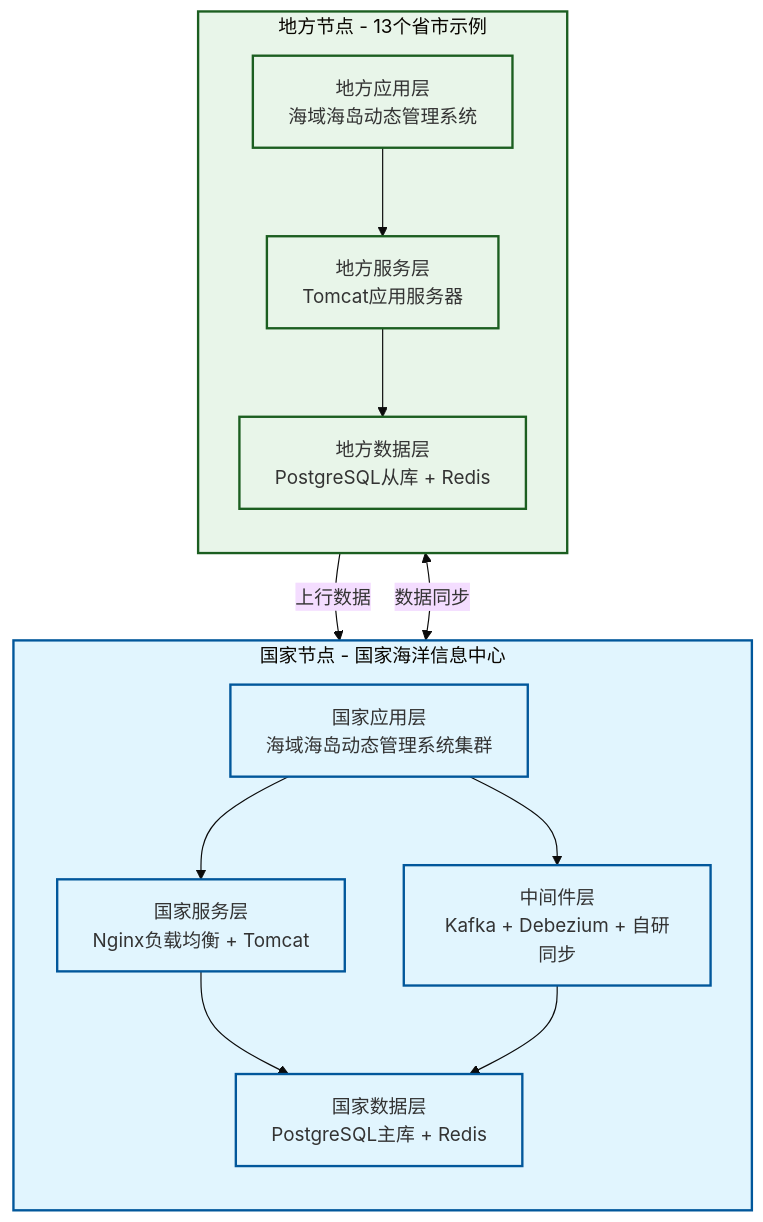
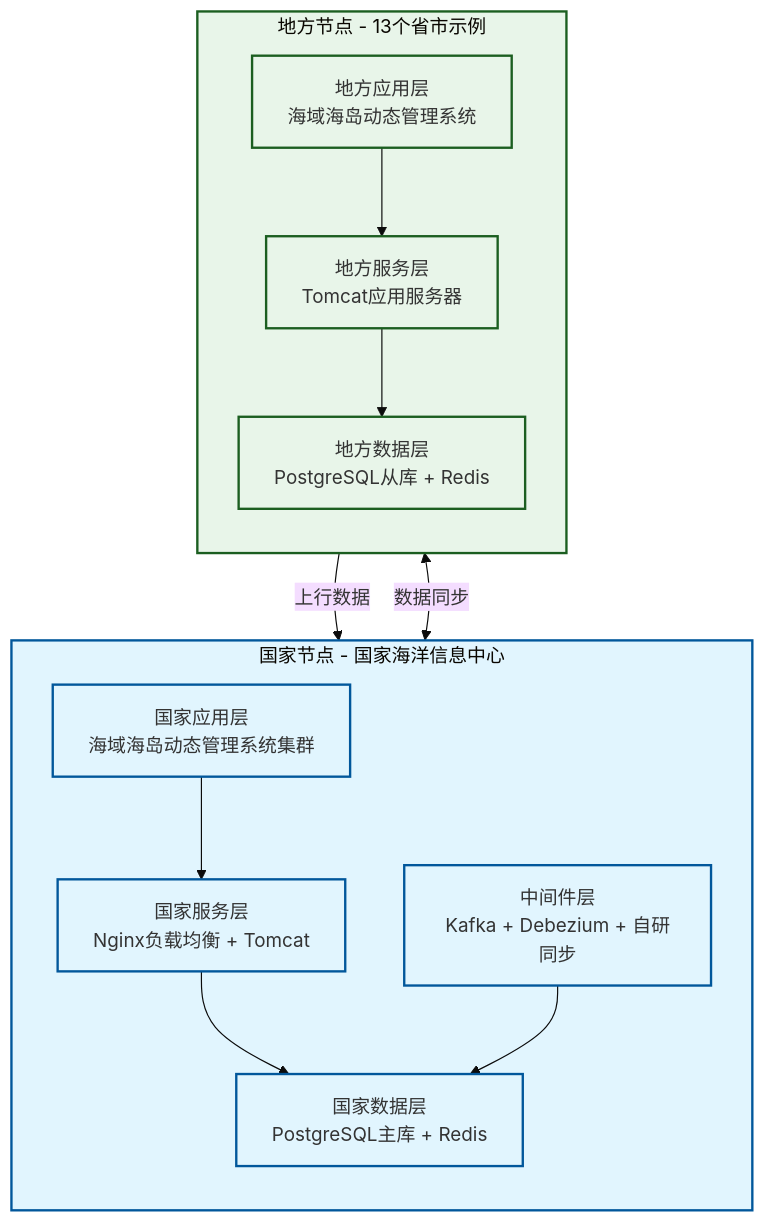
Before and after one commit to MyJohn2/iodraw-files: the diagram in all/未命名-1.md, drawn with Mermaid (base theme).

Commit message:
2026-03-03 15:06:35 update

````diff
--- a/all/未命名-1.md
+++ b/all/未命名-1.md
@@ -1,46 +1,46 @@
 ```mermaid
 flowchart TD
     %% 定义样式
     classDef nation fill:#e1f5fe,stroke:#01579b,stroke-width:2px;
     classDef network fill:#fff3e0,stroke:#e65100,stroke-width:2px,stroke-dasharray: 5 5;
     classDef local fill:#e8f5e9,stroke:#1b5e20,stroke-width:2px;
 
     subgraph NationNode [国家节点 - 国家海洋信息中心]
         direction TB
         A[国家应用层<br/>海域海岛动态管理系统集群]
         B[国家服务层<br/>Nginx负载均衡 + Tomcat]
         C[国家数据层<br/>PostgreSQL主库 + Redis]
         D[中间件层<br/>Kafka + Debezium + 自研同步]
         
         A --> B
         B --> C
-        A --> D
+
         D --> C
     end
     
 
     
     subgraph LocalNode [地方节点 - 13个省市示例]
         direction TB
         F[地方应用层<br/>海域海岛动态管理系统]
         G[地方服务层<br/>Tomcat应用服务器]
         H[地方数据层<br/>PostgreSQL从库 + Redis]
         
         F --> G
         G --> H
     end
 
     %% 跨子图连接 (连接具体节点而非子图名称)
     D <-->|数据同步 | H
     H -->|上行数据 | D
 
     %% 应用样式
     class NationNode,A,B,C,D nation;
     class SecureNet,E network;
     class LocalNode,F,G,H local;
     
 
 
 
 
 ```
````
